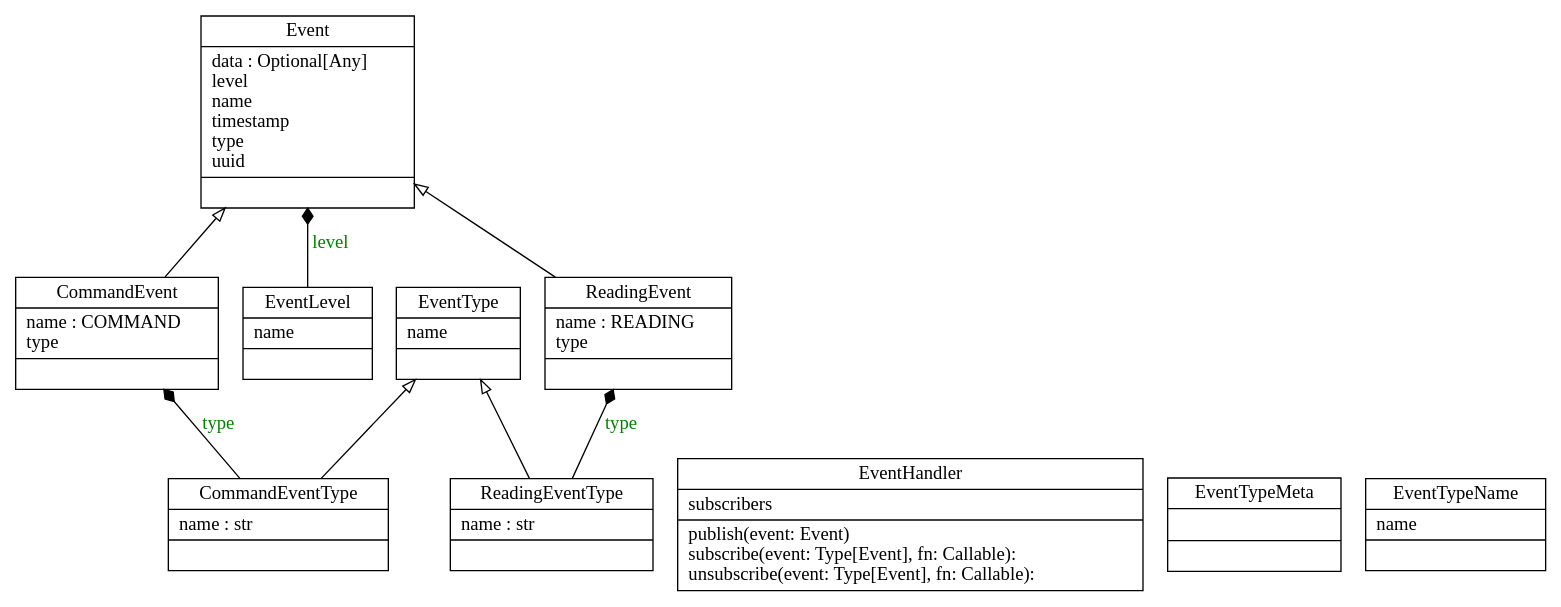
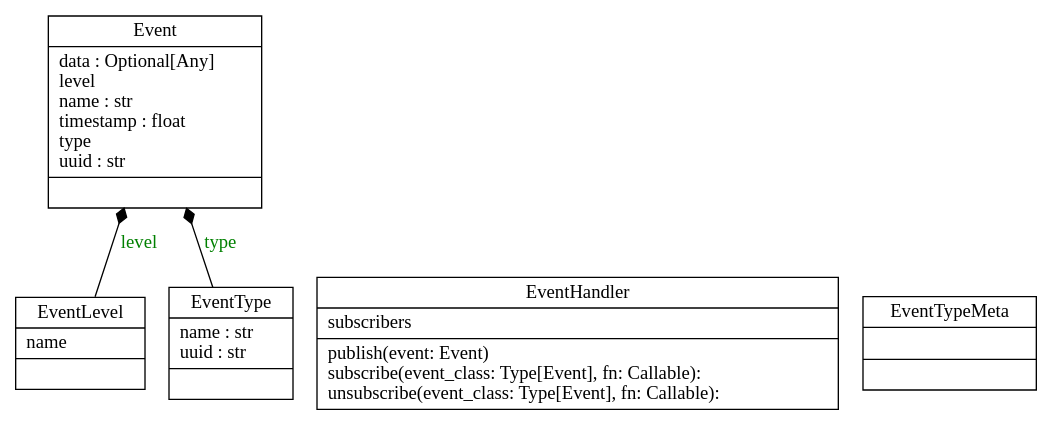
Before and after one commit to bonastreyair/iot-firmware: the diagram in docs/graphs/classes_event.dot, drawn with Graphviz. The commit also changed 17 other files, not shown here.

```diff
--- a/docs/graphs/classes_event.dot
+++ b/docs/graphs/classes_event.dot
@@ -1,21 +1,11 @@
 digraph "classes_event" {
 rankdir=BT
 charset="utf-8"
-"iot_firmware.event.basic.event.CommandEvent" [color="black", fontcolor="black", label="{CommandEvent|name : COMMAND\ltype\l|}", shape="record", style="solid"];
-"iot_firmware.event.basic.type.CommandEventType" [color="black", fontcolor="black", label="{CommandEventType|name : str\l|}", shape="record", style="solid"];
-"iot_firmware.event.event.Event" [color="black", fontcolor="black", label="{Event|data : Optional[Any]\llevel\lname\ltimestamp\ltype\luuid\l|}", shape="record", style="solid"];
-"iot_firmware.event.handler.EventHandler" [color="black", fontcolor="black", label="{EventHandler|subscribers\l|publish(event: Event)\lsubscribe(event: Type[Event], fn: Callable): \lunsubscribe(event: Type[Event], fn: Callable): \l}", shape="record", style="solid"];
+"iot_firmware.event.event.Event" [color="black", fontcolor="black", label="{Event|data : Optional[Any]\llevel\lname : str\ltimestamp : float\ltype\luuid : str\l|}", shape="record", style="solid"];
+"iot_firmware.event.handler.EventHandler" [color="black", fontcolor="black", label="{EventHandler|subscribers\l|publish(event: Event)\lsubscribe(event_class: Type[Event], fn: Callable): \lunsubscribe(event_class: Type[Event], fn: Callable): \l}", shape="record", style="solid"];
 "iot_firmware.event.enum.EventLevel" [color="black", fontcolor="black", label="{EventLevel|name\l|}", shape="record", style="solid"];
-"iot_firmware.event.type.EventType" [color="black", fontcolor="black", label="{EventType|name\l|}", shape="record", style="solid"];
+"iot_firmware.event.type.EventType" [color="black", fontcolor="black", label="{EventType|name : str\luuid : str\l|}", shape="record", style="solid"];
 "iot_firmware.event.type.EventTypeMeta" [color="black", fontcolor="black", label="{EventTypeMeta|\l|}", shape="record", style="solid"];
-"iot_firmware.event.enum.EventTypeName" [color="black", fontcolor="black", label="{EventTypeName|name\l|}", shape="record", style="solid"];
-"iot_firmware.event.basic.event.ReadingEvent" [color="black", fontcolor="black", label="{ReadingEvent|name : READING\ltype\l|}", shape="record", style="solid"];
-"iot_firmware.event.basic.type.ReadingEventType" [color="black", fontcolor="black", label="{ReadingEventType|name : str\l|}", shape="record", style="solid"];
-"iot_firmware.event.basic.event.CommandEvent" -> "iot_firmware.event.event.Event" [arrowhead="empty", arrowtail="none"];
-"iot_firmware.event.basic.event.ReadingEvent" -> "iot_firmware.event.event.Event" [arrowhead="empty", arrowtail="none"];
-"iot_firmware.event.basic.type.CommandEventType" -> "iot_firmware.event.type.EventType" [arrowhead="empty", arrowtail="none"];
-"iot_firmware.event.basic.type.ReadingEventType" -> "iot_firmware.event.type.EventType" [arrowhead="empty", arrowtail="none"];
-"iot_firmware.event.basic.type.CommandEventType" -> "iot_firmware.event.basic.event.CommandEvent" [arrowhead="diamond", arrowtail="none", fontcolor="green", label="type", style="solid"];
-"iot_firmware.event.basic.type.ReadingEventType" -> "iot_firmware.event.basic.event.ReadingEvent" [arrowhead="diamond", arrowtail="none", fontcolor="green", label="type", style="solid"];
 "iot_firmware.event.enum.EventLevel" -> "iot_firmware.event.event.Event" [arrowhead="diamond", arrowtail="none", fontcolor="green", label="level", style="solid"];
+"iot_firmware.event.type.EventType" -> "iot_firmware.event.event.Event" [arrowhead="diamond", arrowtail="none", fontcolor="green", label="type", style="solid"];
 }
```
